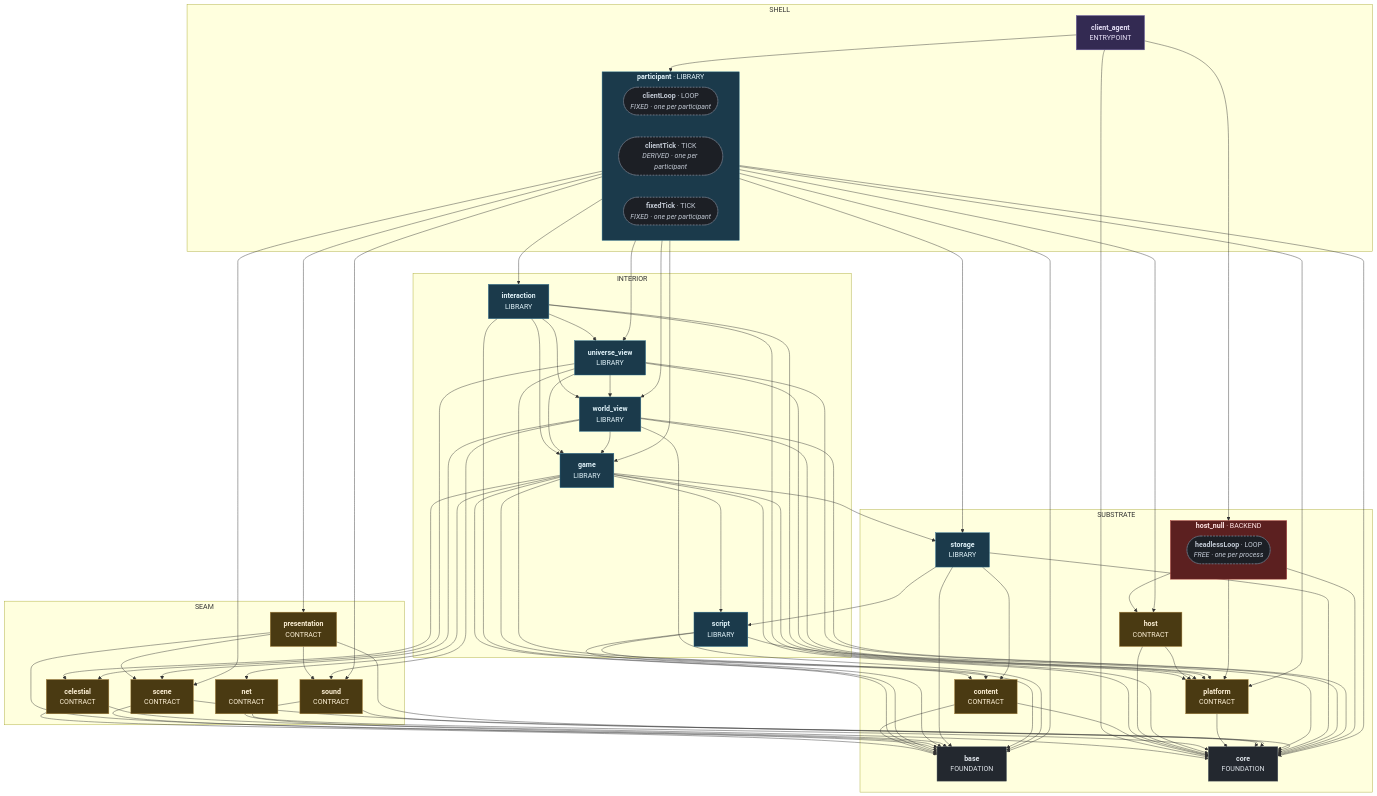
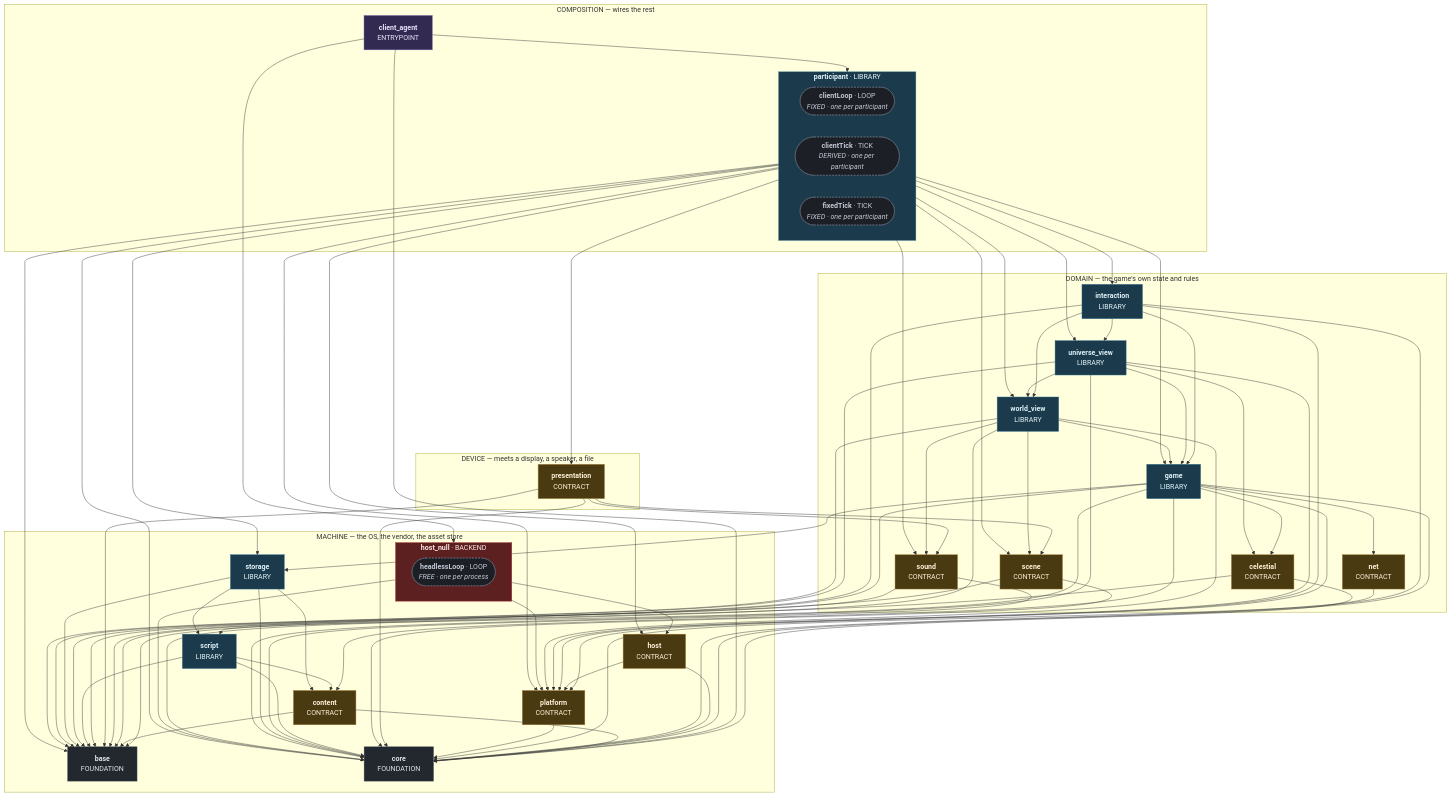
The third of 10 diagrams in docs/superpowers/specs/2026-08-01-sovereign-headless-client-design.md (apnex/OpenStarbound), drawn with Mermaid before and after one commit. The commit also changed other lines of this file and 7 other files, not shown here.

````diff
--- a/docs/superpowers/specs/2026-08-01-sovereign-headless-client-design.md
+++ b/docs/superpowers/specs/2026-08-01-sovereign-headless-client-design.md
@@ -1392,7 +1389,7 @@
 ```mermaid
 %% composition: client_agent
 flowchart TD
-  subgraph Z_SUBSTRATE ["SUBSTRATE"]
+  subgraph Z_MACHINE ["MACHINE — the OS, the vendor, the asset store"]
     base["<b>base</b><br/>FOUNDATION"]
     content["<b>content</b><br/>CONTRACT"]
     core["<b>core</b><br/>FOUNDATION"]
@@ -1401,23 +1398,23 @@
       host_null_headlessLoop(["<b>headlessLoop</b> · LOOP<br/><i>FREE · one per process</i>"])
     end
     platform["<b>platform</b><br/>CONTRACT"]
+    script["<b>script</b><br/>LIBRARY"]
     storage["<b>storage</b><br/>LIBRARY"]
   end
-  subgraph Z_SEAM ["SEAM"]
+  subgraph Z_DOMAIN ["DOMAIN — the game's own state and rules"]
     celestial["<b>celestial</b><br/>CONTRACT"]
+    game["<b>game</b><br/>LIBRARY"]
+    interaction["<b>interaction</b><br/>LIBRARY"]
     net["<b>net</b><br/>CONTRACT"]
-    presentation["<b>presentation</b><br/>CONTRACT"]
     scene["<b>scene</b><br/>CONTRACT"]
     sound["<b>sound</b><br/>CONTRACT"]
-  end
-  subgraph Z_INTERIOR ["INTERIOR"]
-    game["<b>game</b><br/>LIBRARY"]
-    interaction["<b>interaction</b><br/>LIBRARY"]
-    script["<b>script</b><br/>LIBRARY"]
     universe_view["<b>universe_view</b><br/>LIBRARY"]
     world_view["<b>world_view</b><br/>LIBRARY"]
   end
-  subgraph Z_SHELL ["SHELL"]
+  subgraph Z_DEVICE ["DEVICE — meets a display, a speaker, a file"]
+    presentation["<b>presentation</b><br/>CONTRACT"]
+  end
+  subgraph Z_COMPOSITION ["COMPOSITION — wires the rest"]
     client_agent["<b>client_agent</b><br/>ENTRYPOINT"]
     subgraph participant ["<b>participant</b> · LIBRARY"]
       participant_clientLoop(["<b>clientLoop</b> · LOOP<br/><i>FIXED · one per participant</i>"])
````
